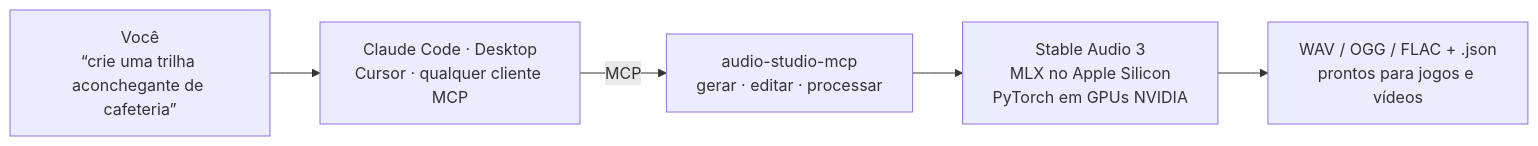
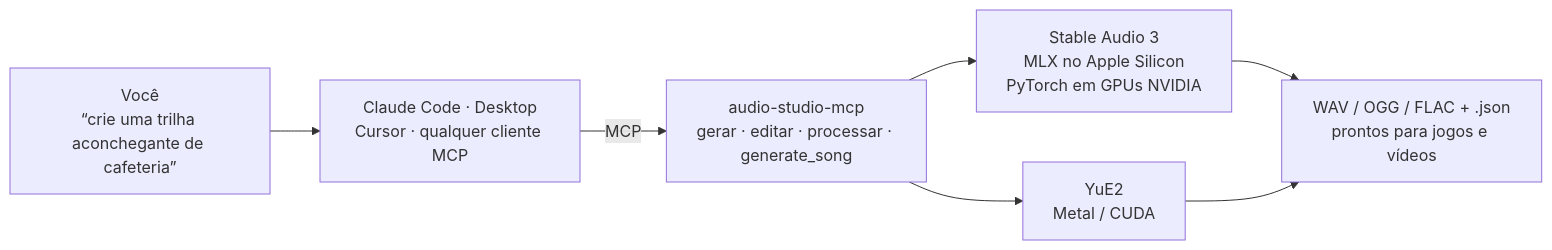
One commit to kanaworksai-hue/audio-studio-mcp changed the diagram in README.pt-BR.md. Above: the diagram before and after it, drawn with Mermaid. The commit also changed other lines of this file and 10 other files, not shown here.

````diff
--- a/README.pt-BR.md
+++ b/README.pt-BR.md
@@ -65,7 +74,9 @@
 ```mermaid
 flowchart LR
     U["Você<br/>“crie uma trilha aconchegante de cafeteria”"] --> C["Claude Code · Desktop<br/>Cursor · qualquer cliente MCP"]
-    C -- "MCP" --> S["audio-studio-mcp<br/>gerar · editar · processar"]
+    C -- "MCP" --> S["audio-studio-mcp<br/>gerar · editar · processar · generate_song"]
     S --> M["Stable Audio 3<br/>MLX no Apple Silicon<br/>PyTorch em GPUs NVIDIA"]
+    S --> Y["YuE2<br/>Metal / CUDA"]
     M --> F["WAV / OGG / FLAC + .json<br/>prontos para jogos e vídeos"]
+    Y --> F
 ```
````
